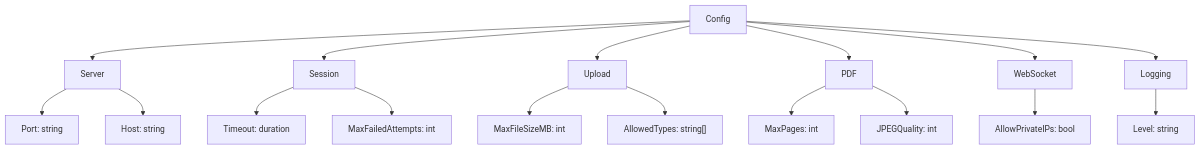
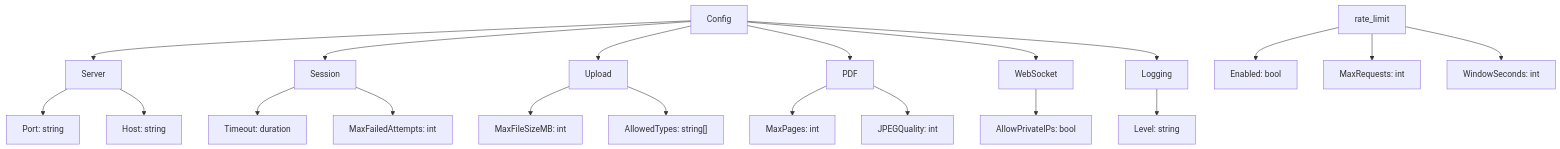
One commit to Garante83/DocFlow- changed the eighth of 8 diagrams in map.md. Above: the diagram before and after it, drawn with Mermaid. The commit also changed other lines of this file and 5 other files, not shown here.

````diff
--- a/map.md
+++ b/map.md
@@ -374,20 +373,23 @@
 ```mermaid
 graph TD
     root[Config] --> server[Server]
     root --> session[Session]
     root --> upload[Upload]
     root --> pdf[PDF]
     root --> websocket[WebSocket]
     root --> logging[Logging]
     
     server --> port["Port: string"]
     server --> host["Host: string"]
     session --> timeout["Timeout: duration"]
     session --> max_failed_attempts["MaxFailedAttempts: int"]
     upload --> max_file_size_mb["MaxFileSizeMB: int"]
     upload --> allowed_types["AllowedTypes: string[]"]
     pdf --> max_pages["MaxPages: int"]
     pdf --> jpeg_quality["JPEGQuality: int"]
     websocket --> allow_private_ips["AllowPrivateIPs: bool"]
     logging --> level["Level: string"]
+    rate_limit --> enabled["Enabled: bool"]
+    rate_limit --> max_requests["MaxRequests: int"]
+    rate_limit --> window_seconds["WindowSeconds: int"]
 ```
````
